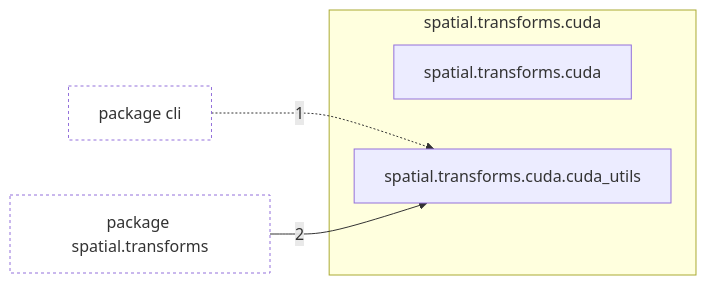
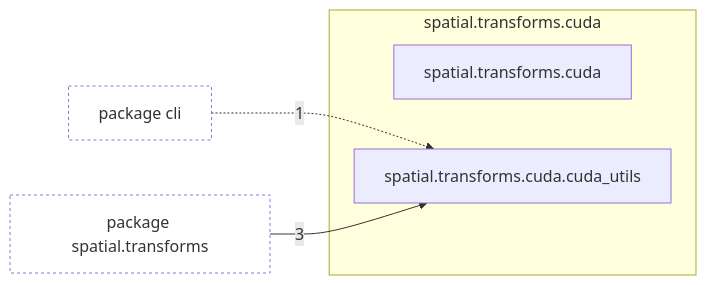
The diagram in docs/architecture/current/packages/tropoi.spatial.transforms.cuda.md (AlexandreEros/Palintropos), drawn with Mermaid before and after one commit. The commit also changed other lines of this file and 26 other files, not shown here.

````diff
--- a/docs/architecture/current/packages/tropoi.spatial.transforms.cuda.md
+++ b/docs/architecture/current/packages/tropoi.spatial.transforms.cuda.md
@@ -20,16 +20,16 @@
 ```mermaid
 %% Generated by tools.architecture 2.3.0. Do not edit by hand.
 %% Modules of tropoi.spatial.transforms.cuda with imports in and out
 flowchart LR
     subgraph g_tropoi_ospatial_otransforms_ocuda["spatial.transforms.cuda"]
         n_tropoi_ospatial_otransforms_ocuda["spatial.transforms.cuda"]
         n_tropoi_ospatial_otransforms_ocuda_ocuda__utils["spatial.transforms.cuda.cuda#95;utils"]
     end
     p_tropoi_ocli["package cli"]
     p_tropoi_ospatial_otransforms["package spatial.transforms"]
     p_tropoi_ocli -.->|1| n_tropoi_ospatial_otransforms_ocuda_ocuda__utils
-    p_tropoi_ospatial_otransforms -->|2| n_tropoi_ospatial_otransforms_ocuda_ocuda__utils
+    p_tropoi_ospatial_otransforms -->|3| n_tropoi_ospatial_otransforms_ocuda_ocuda__utils
     classDef other fill:none,stroke-dasharray:3 3
     class p_tropoi_ocli other
     class p_tropoi_ospatial_otransforms other
 ```
````
